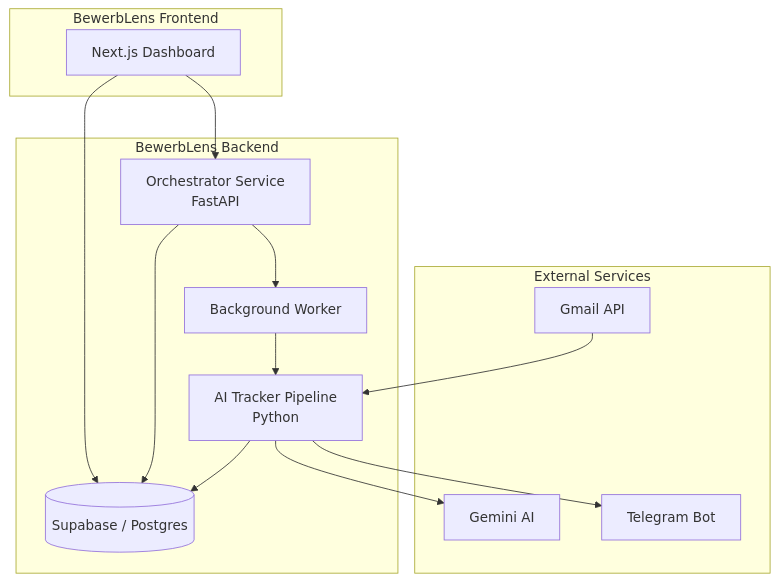
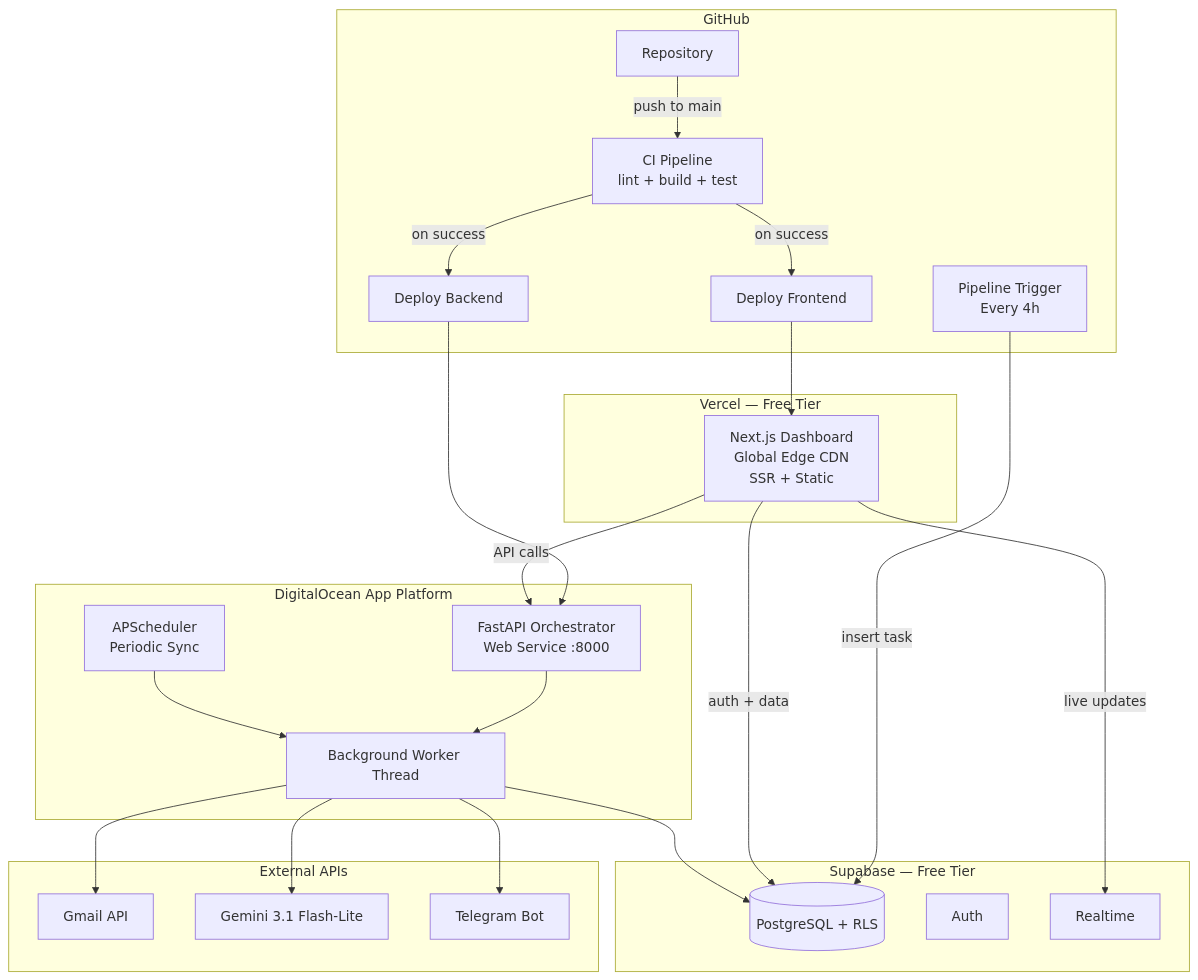
The diagram in README.md (maherahmedraza/BewerbLens), drawn with Mermaid before and after one commit. The commit also changed other lines of this file and 4 other files, not shown here.

First line of the commit message:
docs: update all documentation for production architecture

````diff
--- a/README.md
+++ b/README.md
@@ -22,31 +26,50 @@
 ```mermaid
-graph TD
-    subgraph "External Services"
-        Gmail[Gmail API]
-        Gemini[Gemini AI]
-        Telegram[Telegram Bot]
+graph TB
+    subgraph "GitHub"
+        GH[Repository]
+        CI[CI Pipeline<br/>lint + build + test]
+        DF[Deploy Frontend]
+        DB_DEPLOY[Deploy Backend]
+        CRON[Pipeline Trigger<br/>Every 4h]
     end
 
-    subgraph "BewerbLens Backend"
-        Orchestrator[Orchestrator Service <br/> FastAPI]
-        Worker[Background Worker]
-        Tracker[AI Tracker Pipeline <br/> Python]
-        DB[(Supabase / Postgres)]
+    subgraph "Vercel — Free Tier"
+        DASH[Next.js Dashboard<br/>Global Edge CDN<br/>SSR + Static]
     end
 
-    subgraph "BewerbLens Frontend"
-        Dashboard[Next.js Dashboard]
+    subgraph "DigitalOcean App Platform"
+        ORCH[FastAPI Orchestrator<br/>Web Service :8000]
+        WORKER[Background Worker Thread]
+        SCHED[APScheduler<br/>Periodic Sync]
     end
 
-    Gmail --> Tracker
-    Tracker --> Gemini
-    Tracker --> DB
-    Tracker --> Telegram
-    
-    Orchestrator --> Worker
-    Worker --> Tracker
-    Orchestrator --> DB
-    
-    Dashboard --> Orchestrator
-    Dashboard --> DB
+    subgraph "Supabase — Free Tier"
+        SUPDB[(PostgreSQL + RLS)]
+        AUTH[Auth]
+        RT[Realtime]
+    end
+
+    subgraph "External APIs"
+        GMAIL[Gmail API]
+        GEMINI[Gemini 3.1 Flash-Lite]
+        TG[Telegram Bot]
+    end
+
+    GH -->|push to main| CI
+    CI -->|on success| DF
+    CI -->|on success| DB_DEPLOY
+    DF --> DASH
+    DB_DEPLOY --> ORCH
+    CRON -->|insert task| SUPDB
+
+    DASH -->|API calls| ORCH
+    DASH -->|auth + data| SUPDB
+    DASH -->|live updates| RT
+
+    ORCH --> WORKER
+    SCHED --> WORKER
+    WORKER --> GMAIL
+    WORKER --> GEMINI
+    WORKER --> SUPDB
+    WORKER --> TG
 ```
````
